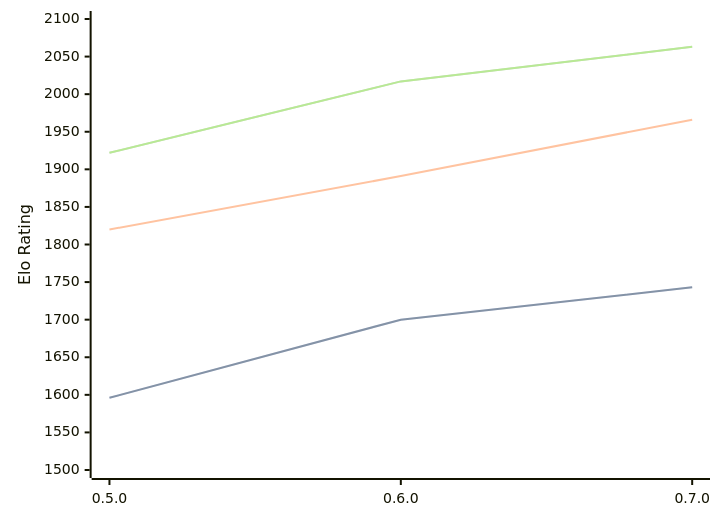
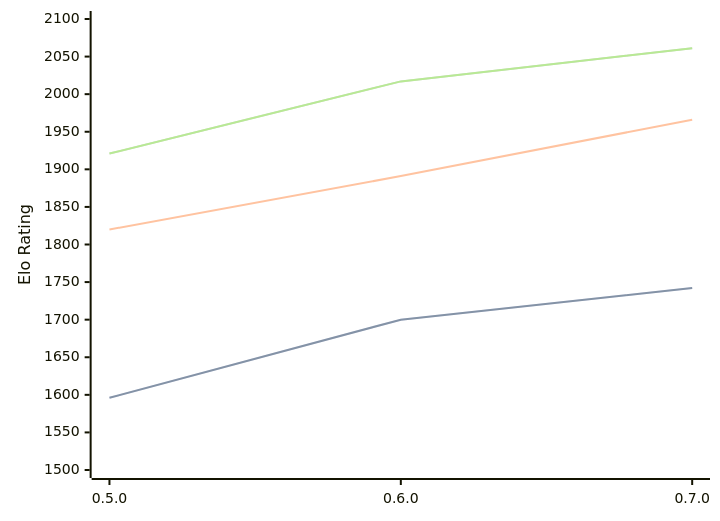
The diagram in engines/Chess-rs.md (computer-chess-index/cci), drawn with Mermaid before and after one commit. The commit also changed other lines of this file, not shown here.

Commit message:
Update CCI Ratings (ELO VLTC) - 2026-03-18

````diff
--- a/engines/Chess-rs.md
+++ b/engines/Chess-rs.md
@@ -39,11 +39,11 @@
 ```mermaid
 %%{init: {"theme":"base","themeVariables":{"seriesColors:['#a3a3a3','#222221','#faa371']}}}%%
 xychart-beta
   x-axis ["0.5.0", "0.6.0", "0.7.0"]
   y-axis "Elo Rating" 1500 --> 2100
-  line "STC (8.0+0.08s)" [1596, 1700, 1743]
-  line "STC (8.0+0.08s)" [1596, 1700, 1743]
+  line "STC (8.0+0.08s)" [1596, 1700, 1742]
+  line "STC (8.0+0.08s)" [1596, 1700, 1742]
   line "LTC (60.0+0.60s)" [1820, 1891, 1966]
-  line "VLTC (2m24s+1.12s)" [1922, 2017, 2063]
-  line "VLTC (2m24s+1.12s)" [1922, 2017, 2063]
+  line "VLTC (2m24s+1.12s)" [1921, 2017, 2061]
+  line "VLTC (2m24s+1.12s)" [1921, 2017, 2061]
 ```
````
